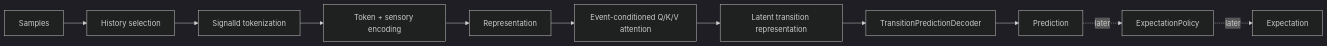
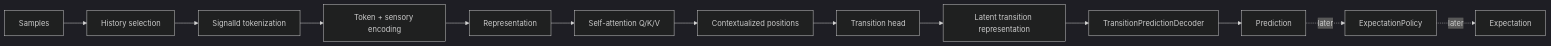
Before and after one commit to skasti/skyn-vaettr: the first of 6 diagrams in docs/expectations.md, drawn with Mermaid (dark theme). The commit also changed other lines of this file, not shown here.

Commit message:
docs: describe self-attention transition baseline

````diff
--- a/docs/expectations.md
+++ b/docs/expectations.md
@@ -13,15 +13,17 @@
 ```mermaid
 flowchart LR
     S[Samples]
     --> H[History selection]
     --> T[SignalId tokenization]
     --> E[Token + sensory encoding]
     --> R[Representation]
-    --> A[Event-conditioned Q/K/V attention]
+    --> A[Self-attention Q/K/V]
+    --> C[Contextualized positions]
+    --> PH[Transition head]
     --> O[Latent transition representation]
     --> D[TransitionPredictionDecoder]
     --> P[Prediction]
 
     P -. later .-> EP[ExpectationPolicy]
     EP -. later .-> X[Expectation]
 ```
````
